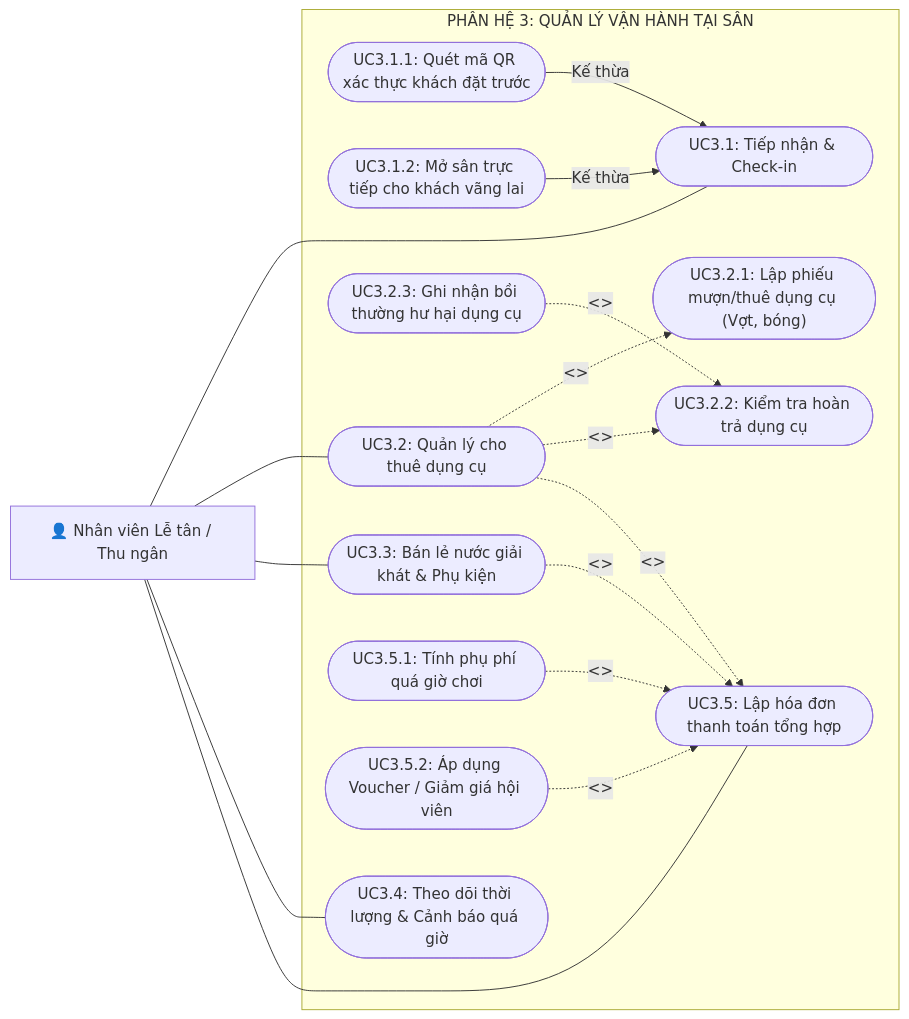
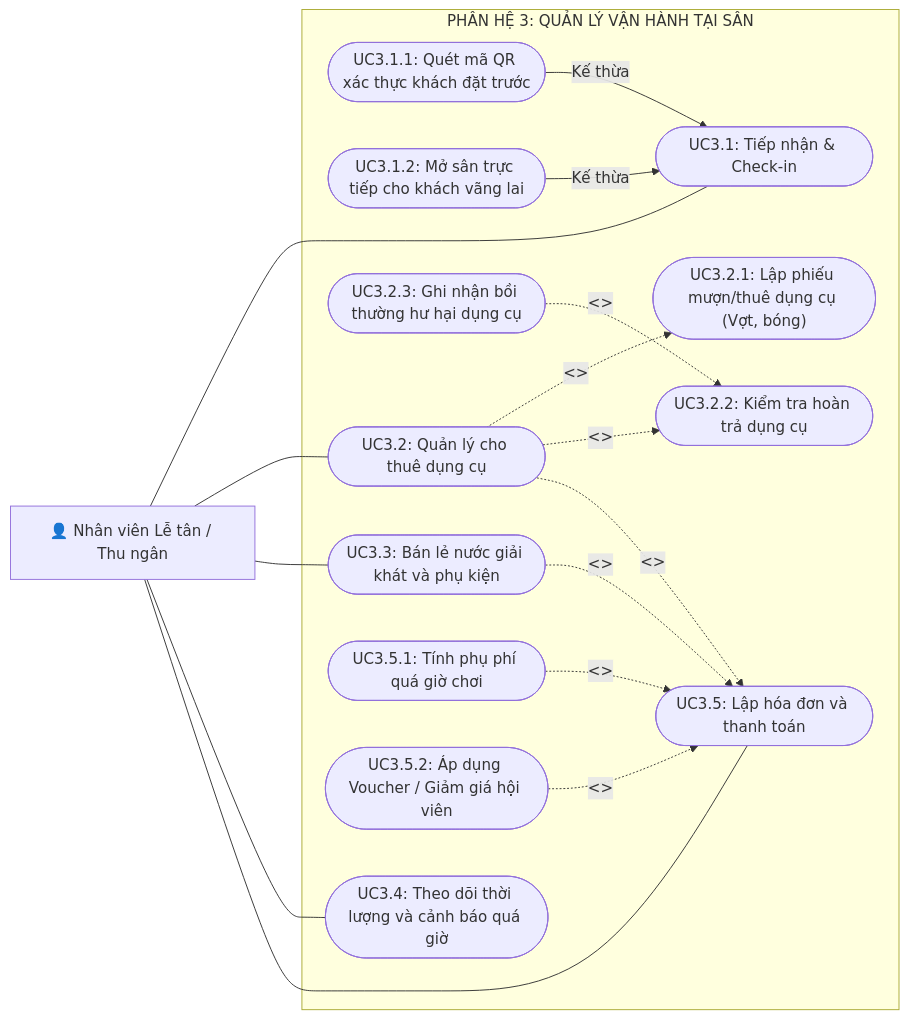
One commit to nphat-code/DoAn-OOAD-SGU changed the fifth of 7 diagrams in BTH/BTH3_UsecaseDiagram/BTH3_UsecaseDiagram.md. Above: the diagram before and after it, drawn with Mermaid. The commit also changed other lines of this file, not shown here.

````diff
--- a/BTH/BTH3_UsecaseDiagram/BTH3_UsecaseDiagram.md
+++ b/BTH/BTH3_UsecaseDiagram/BTH3_UsecaseDiagram.md
@@ -195,42 +195,42 @@
 ```mermaid
 flowchart LR
     Staff["👤 Nhân viên Lễ tân / Thu ngân"]
 
     subgraph Subsystem3 ["PHÂN HỆ 3: QUẢN LÝ VẬN HÀNH TẠI SÂN"]
         UC31(["UC3.1: Tiếp nhận & Check-in"])
         UC311(["UC3.1.1: Quét mã QR xác thực khách đặt trước"])
         UC312(["UC3.1.2: Mở sân trực tiếp cho khách vãng lai"])
 
         UC32(["UC3.2: Quản lý cho thuê dụng cụ"])
         UC321(["UC3.2.1: Lập phiếu mượn/thuê dụng cụ (Vợt, bóng)"])
         UC322(["UC3.2.2: Kiểm tra hoàn trả dụng cụ"])
         UC323(["UC3.2.3: Ghi nhận bồi thường hư hại dụng cụ"])
 
-        UC33(["UC3.3: Bán lẻ nước giải khát & Phụ kiện"])
-        UC34(["UC3.4: Theo dõi thời lượng & Cảnh báo quá giờ"])
-        UC35(["UC3.5: Lập hóa đơn thanh toán tổng hợp"])
+        UC33(["UC3.3: Bán lẻ nước giải khát và phụ kiện"])
+        UC34(["UC3.4: Theo dõi thời lượng và cảnh báo quá giờ"])
+        UC35(["UC3.5: Lập hóa đơn và thanh toán"])
 
         %% Extends for Invoice
         UC_Overtime(["UC3.5.1: Tính phụ phí quá giờ chơi"])
         UC_Voucher(["UC3.5.2: Áp dụng Voucher / Giảm giá hội viên"])
     end
 
     Staff --- UC31
     Staff --- UC32
     Staff --- UC33
     Staff --- UC34
     Staff --- UC35
 
     UC311 -->|Kế thừa| UC31
     UC312 -->|Kế thừa| UC31
 
     UC32 -.->|<<include>>| UC321
     UC32 -.->|<<include>>| UC322
     UC323 -.->|<<extend>>| UC322
 
     UC_Overtime -.->|<<extend>>| UC35
     UC_Voucher -.->|<<extend>>| UC35
 
     UC32 -.->|<<include>>| UC35
     UC33 -.->|<<include>>| UC35
 ```
````
